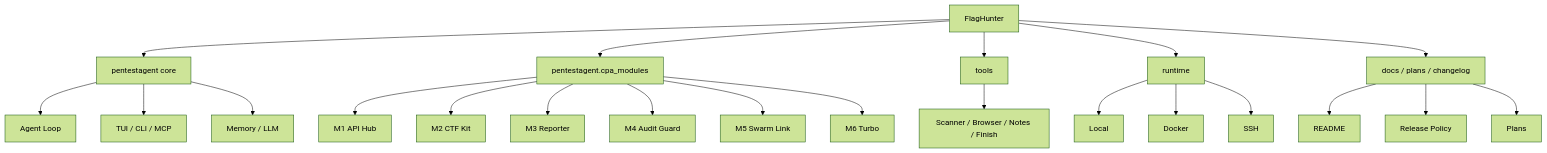
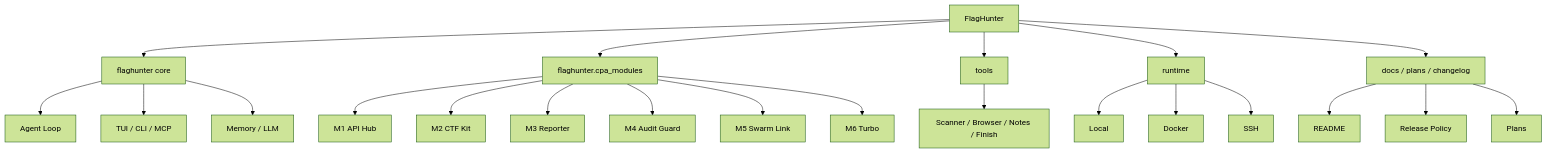
One commit to leilehuimieba/FlagHunter changed the diagram in README.md. Above: the diagram before and after it, drawn with Mermaid (forest theme). The commit also changed other lines of this file and 166 other files, not shown here.

First line of the commit message:
refactor!: 环境变量向后兼容 + 全量品牌清扫 PentestAgent→FlagHunter

````diff
--- a/README.md
+++ b/README.md
@@ -106,27 +106,27 @@
 ```mermaid
 flowchart TD
-    A[FlagHunter] --> B[pentestagent core]
-    A --> C[pentestagent.cpa_modules]
+    A[FlagHunter] --> B[flaghunter core]
+    A --> C[flaghunter.cpa_modules]
     A --> D[tools]
     A --> E[runtime]
     A --> F[docs / plans / changelog]
 
     B --> B1[Agent Loop]
     B --> B2[TUI / CLI / MCP]
     B --> B3[Memory / LLM]
 
     C --> C1[M1 API Hub]
     C --> C2[M2 CTF Kit]
     C --> C3[M3 Reporter]
     C --> C4[M4 Audit Guard]
     C --> C5[M5 Swarm Link]
     C --> C6[M6 Turbo]
 
     D --> D1[Scanner / Browser / Notes / Finish]
     E --> E1[Local]
     E --> E2[Docker]
     E --> E3[SSH]
     F --> F1[README]
     F --> F2[Release Policy]
     F --> F3[Plans]
 ```
````
